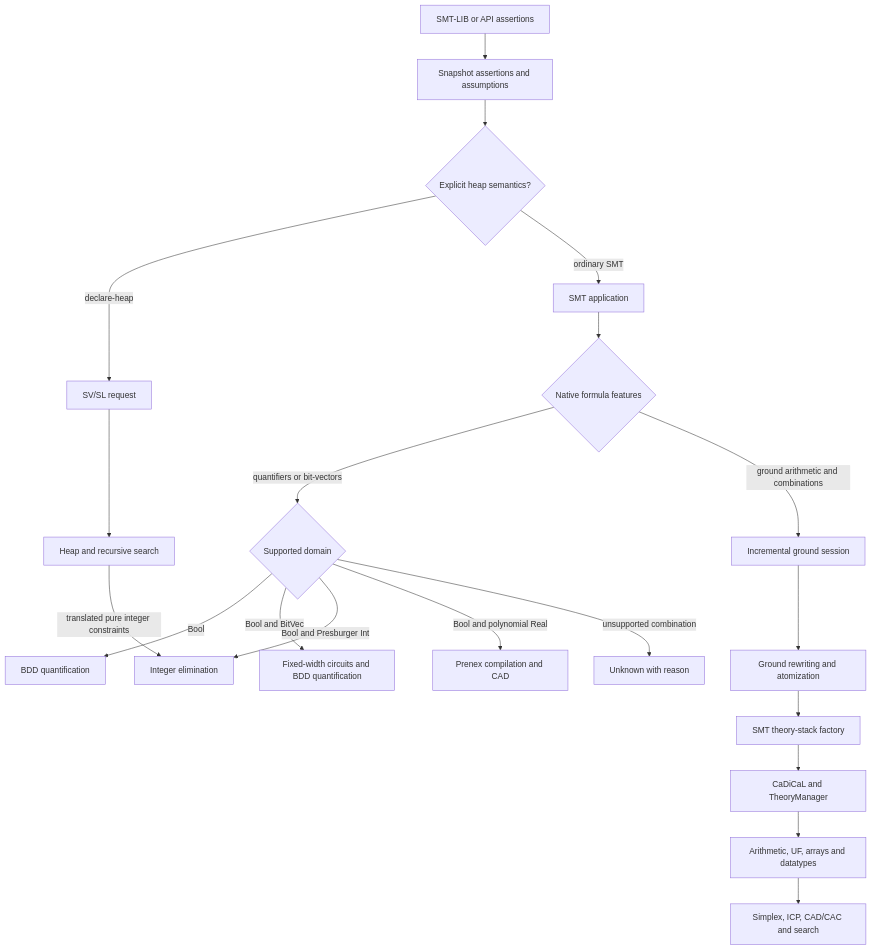
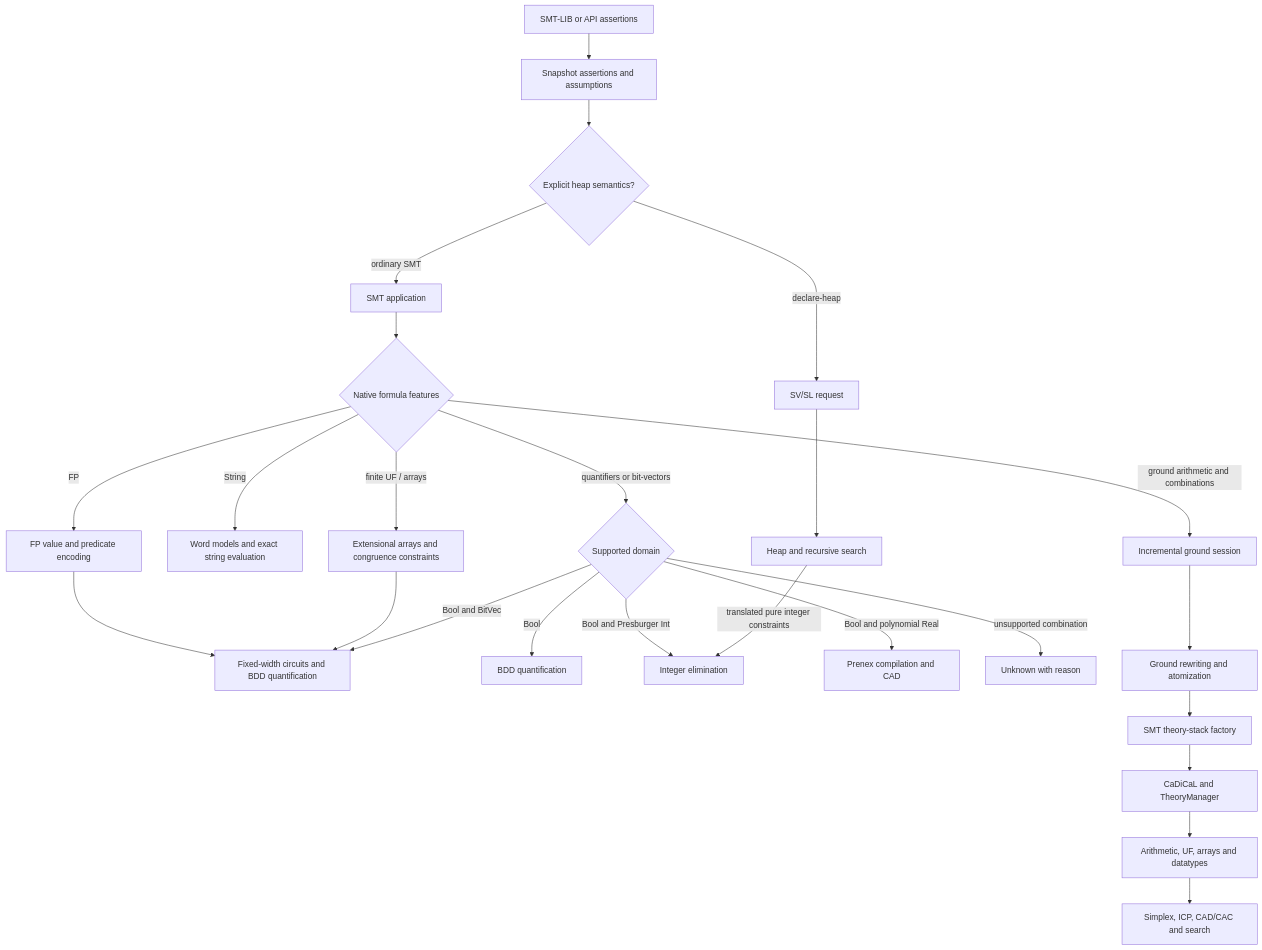
One commit to fuqi-jia/Xolver changed the second of 2 diagrams in docs/ARCHITECTURE.md. Above: the diagram before and after it, drawn with Mermaid. The commit also changed other lines of this file and 89 other files, not shown here.

````diff
--- a/docs/ARCHITECTURE.md
+++ b/docs/ARCHITECTURE.md
@@ -54,22 +54,27 @@
 ```mermaid
 flowchart TD
     Input[SMT-LIB or API assertions] --> Session[Snapshot assertions and assumptions]
     Session --> Heap{Explicit heap semantics?}
     Heap -->|declare-heap| SL[SV/SL request]
     Heap -->|ordinary SMT| SMT[SMT application]
     SMT --> Classify{Native formula features}
+    Classify -->|FP| FP[FP value and predicate encoding]
+    Classify -->|String| Words[Word models and exact string evaluation]
+    Classify -->|finite UF / arrays| Finite[Extensional arrays and congruence constraints]
+    FP --> QBV
+    Finite --> QBV
     Classify -->|quantifiers or bit-vectors| Domain{Supported domain}
     Classify -->|ground arithmetic and combinations| Ground[Incremental ground session]
     Domain -->|Bool| QBF[BDD quantification]
     Domain -->|Bool and BitVec| QBV[Fixed-width circuits and BDD quantification]
     Domain -->|Bool and Presburger Int| Int[Integer elimination]
     Domain -->|Bool and polynomial Real| Real[Prenex compilation and CAD]
     Domain -->|unsupported combination| Unknown[Unknown with reason]
     Ground --> Lower[Ground rewriting and atomization]
     Lower --> Factory[SMT theory-stack factory]
     Factory --> CDCL[CaDiCaL and TheoryManager]
     CDCL --> Theories[Arithmetic, UF, arrays and datatypes]
     Theories --> Engines[Simplex, ICP, CAD/CAC and search]
     SL --> Spatial[Heap and recursive search]
     Spatial -->|translated pure integer constraints| Int
 ```
````
